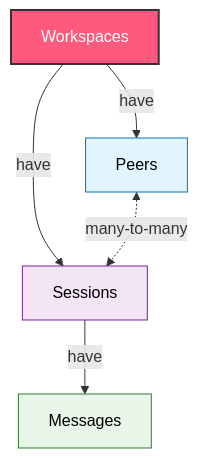
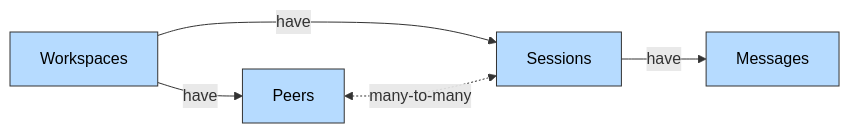
Before and after one commit to plastic-labs/honcho: the diagram in docs/v2/documentation/core-concepts/architecture.mdx, drawn with Mermaid. The commit also changed other lines of this file and 175 other files, not shown here.

````diff
--- a/docs/v2/documentation/core-concepts/architecture.mdx
+++ b/docs/v2/documentation/core-concepts/architecture.mdx
@@ -23,14 +14,14 @@
 ```mermaid
- graph TD
+ graph LR
       W[Workspaces] -->|have| P[Peers]
       W -->|have| S[Sessions]
 
       S -->|have| SM[Messages]
 
       P <-.->|many-to-many| S
 
-      style W fill:#FF5A7E,stroke:#333,stroke-width:2px,color:#fff
-      style P fill:#e1f5fe,stroke:#0277bd,color:#000
-      style S fill:#f3e5f5,stroke:#7b1fa2,color:#000
-      style SM fill:#e8f5e9,stroke:#2e7d32,color:#000
+      style W fill:#B6DBFF,stroke:#333,color:#000
+      style P fill:#B6DBFF,stroke:#333,color:#000
+      style S fill:#B6DBFF,stroke:#333,color:#000
+      style SM fill:#B6DBFF,stroke:#333,color:#000
 ```
````
